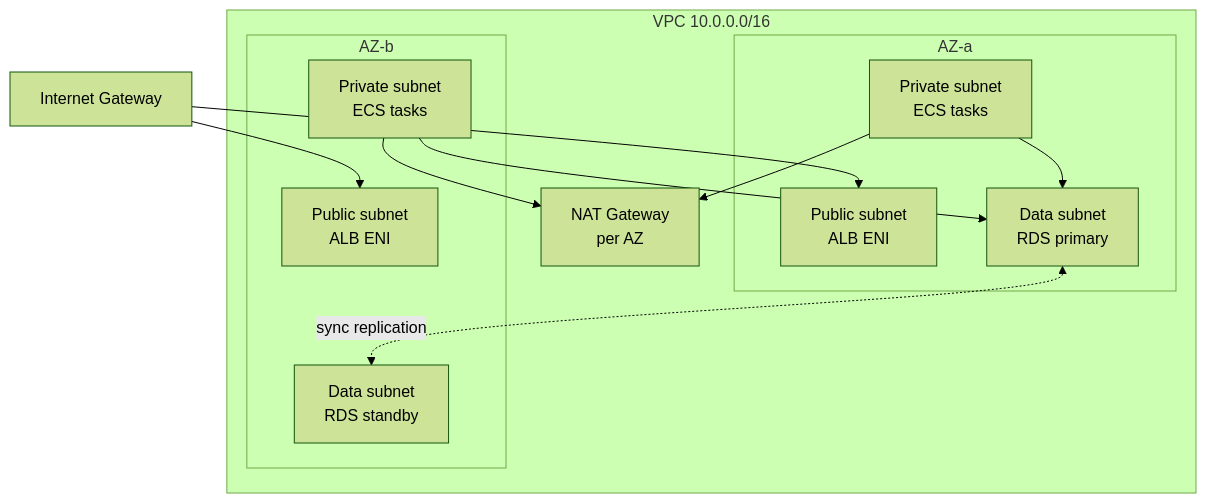
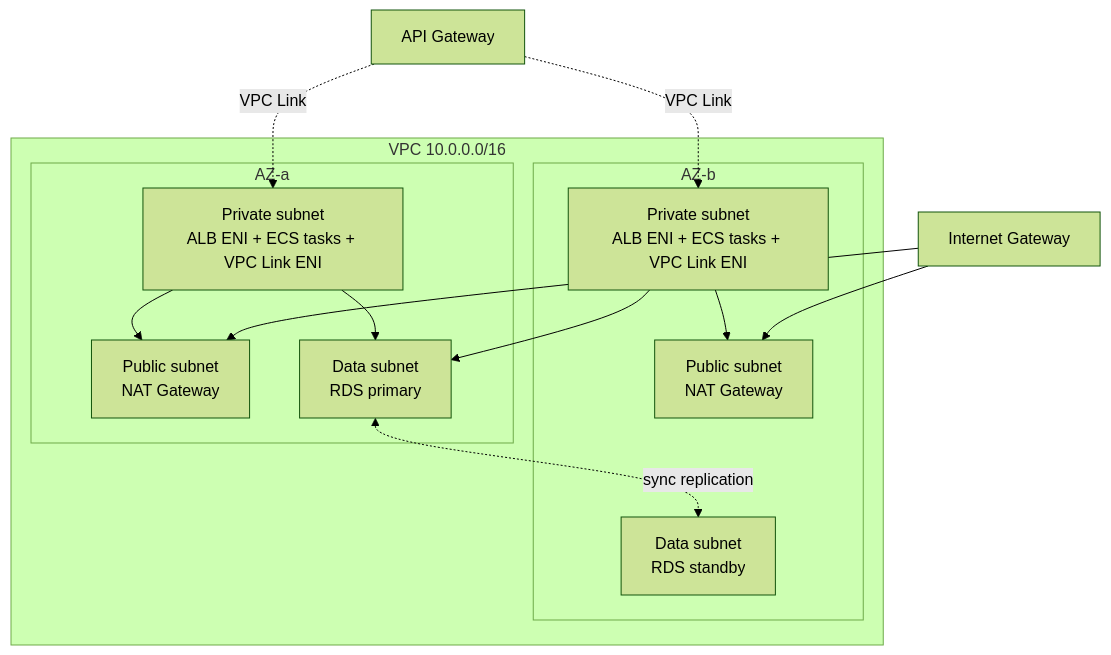
The second of 3 diagrams in docs/03-System-Architecture.md (choudhuryrajesh-lgtm/ark-fund-api), drawn with Mermaid (forest theme) before and after one commit. The commit also changed other lines of this file and 91 other files, not shown here.

````diff
--- a/docs/03-System-Architecture.md
+++ b/docs/03-System-Architecture.md
@@ -41,23 +41,24 @@
 ```mermaid
 flowchart TB
     subgraph VPC["VPC 10.0.0.0/16"]
         subgraph AZa["AZ-a"]
-            PubA[Public subnet<br/>ALB ENI]
-            PrivA[Private subnet<br/>ECS tasks]
+            PubA[Public subnet<br/>NAT Gateway]
+            PrivA[Private subnet<br/>ALB ENI + ECS tasks + VPC Link ENI]
             DataA[Data subnet<br/>RDS primary]
         end
         subgraph AZb["AZ-b"]
-            PubB[Public subnet<br/>ALB ENI]
-            PrivB[Private subnet<br/>ECS tasks]
+            PubB[Public subnet<br/>NAT Gateway]
+            PrivB[Private subnet<br/>ALB ENI + ECS tasks + VPC Link ENI]
             DataB[Data subnet<br/>RDS standby]
         end
-        NAT[NAT Gateway<br/>per AZ]
     end
     IGW[Internet Gateway] --> PubA
     IGW --> PubB
-    PrivA --> NAT
-    PrivB --> NAT
+    PrivA --> PubA
+    PrivB --> PubB
     PrivA --> DataA
     PrivB --> DataA
+    APIGW[API Gateway] -.VPC Link.-> PrivA
+    APIGW -.VPC Link.-> PrivB
     DataA <-.sync replication.-> DataB
 ```
````
